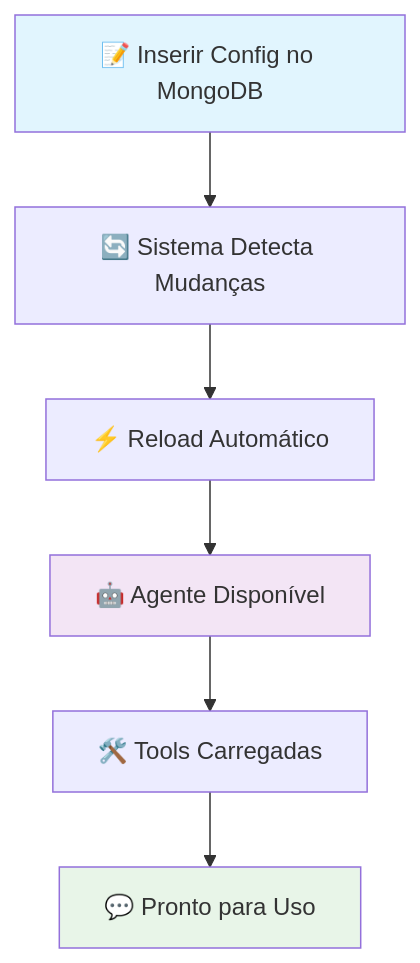
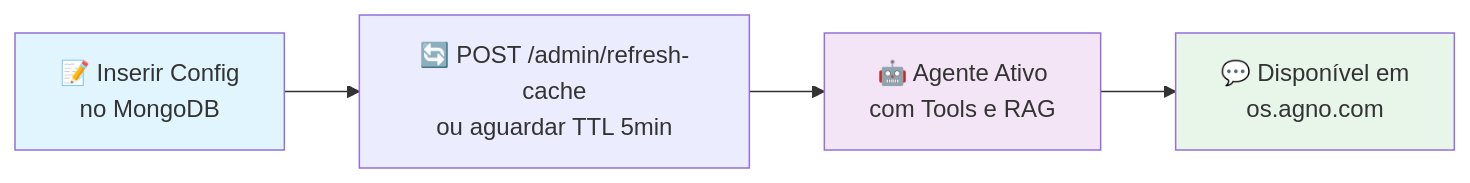
Before and after one commit to Mosfet04/orquestradorIAPythonArgo: the third of 4 diagrams in README.pt-br.md, drawn with Mermaid. The commit also changed other lines of this file and 62 other files, not shown here.

````diff
--- a/README.pt-br.md
+++ b/README.pt-br.md
@@ -232,12 +312,10 @@
 ```mermaid
-graph TD
-    A[📝 Inserir Config no MongoDB] --> B[🔄 Sistema Detecta Mudanças]
-    B --> C[⚡ Reload Automático]
-    C --> D[🤖 Agente Disponível]
-    D --> E[🛠️ Tools Carregadas]
-    E --> F[💬 Pronto para Uso]
-    
+graph LR
+    A["📝 Inserir Config<br/>no MongoDB"] --> B["🔄 POST /admin/refresh-cache<br/>ou aguardar TTL 5min"]
+    B --> C["🤖 Agente Ativo<br/>com Tools e RAG"]
+    C --> D["💬 Disponível em<br/>os.agno.com"]
+
     style A fill:#e1f5fe
-    style D fill:#f3e5f5
-    style F fill:#e8f5e8
+    style C fill:#f3e5f5
+    style D fill:#e8f5e9
 ```
````
